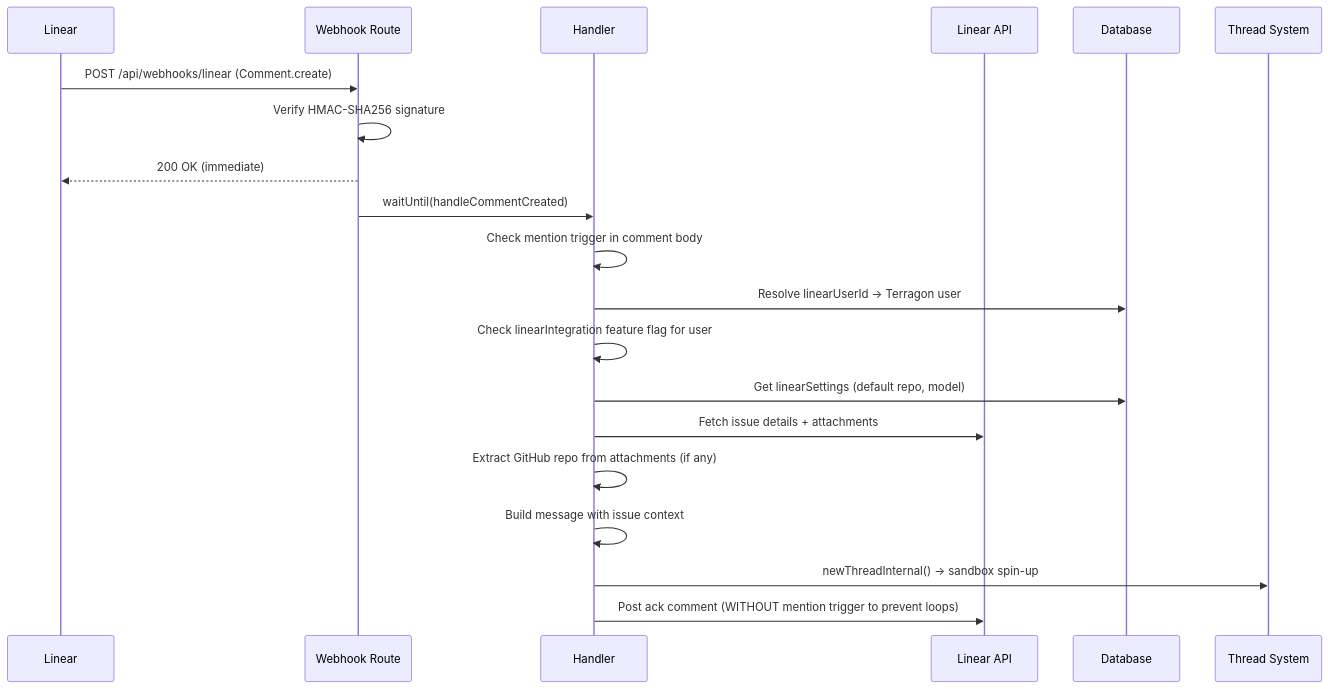
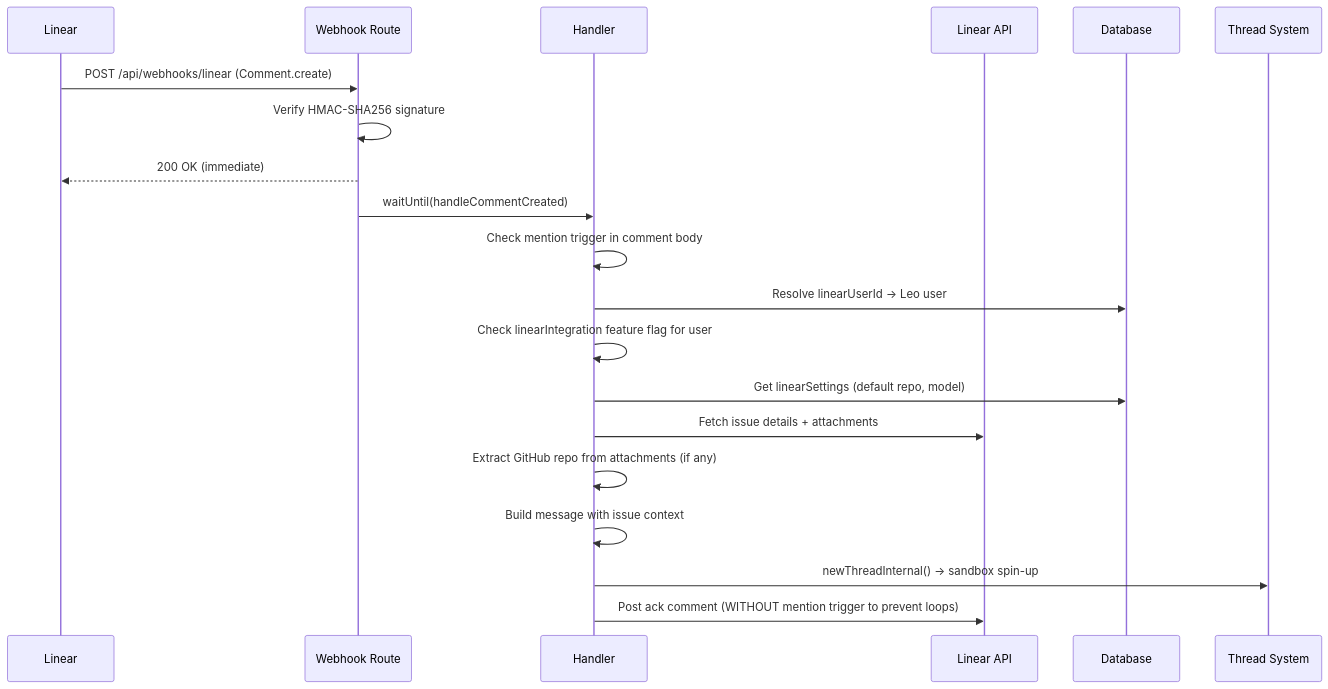
Before and after one commit to enzo-health/terragon-oss: the first of 2 diagrams in .flow/specs/fn-1-add-linear-bot-integration.md, drawn with Mermaid. The commit also changed other lines of this file and 683 other files, not shown here.

````diff
--- a/.flow/specs/fn-1-add-linear-bot-integration.md
+++ b/.flow/specs/fn-1-add-linear-bot-integration.md
@@ -32,23 +32,23 @@
 ```mermaid
 sequenceDiagram
     participant L as Linear
     participant W as Webhook Route
     participant H as Handler
     participant API as Linear API
     participant DB as Database
     participant T as Thread System
 
     L->>W: POST /api/webhooks/linear (Comment.create)
     W->>W: Verify HMAC-SHA256 signature
     W-->>L: 200 OK (immediate)
     W->>H: waitUntil(handleCommentCreated)
     H->>H: Check mention trigger in comment body
-    H->>DB: Resolve linearUserId → Terragon user
+    H->>DB: Resolve linearUserId → Leo user
     H->>H: Check linearIntegration feature flag for user
     H->>DB: Get linearSettings (default repo, model)
     H->>API: Fetch issue details + attachments
     H->>H: Extract GitHub repo from attachments (if any)
     H->>H: Build message with issue context
     H->>T: newThreadInternal() → sandbox spin-up
     H->>API: Post ack comment (WITHOUT mention trigger to prevent loops)
 ```
````
